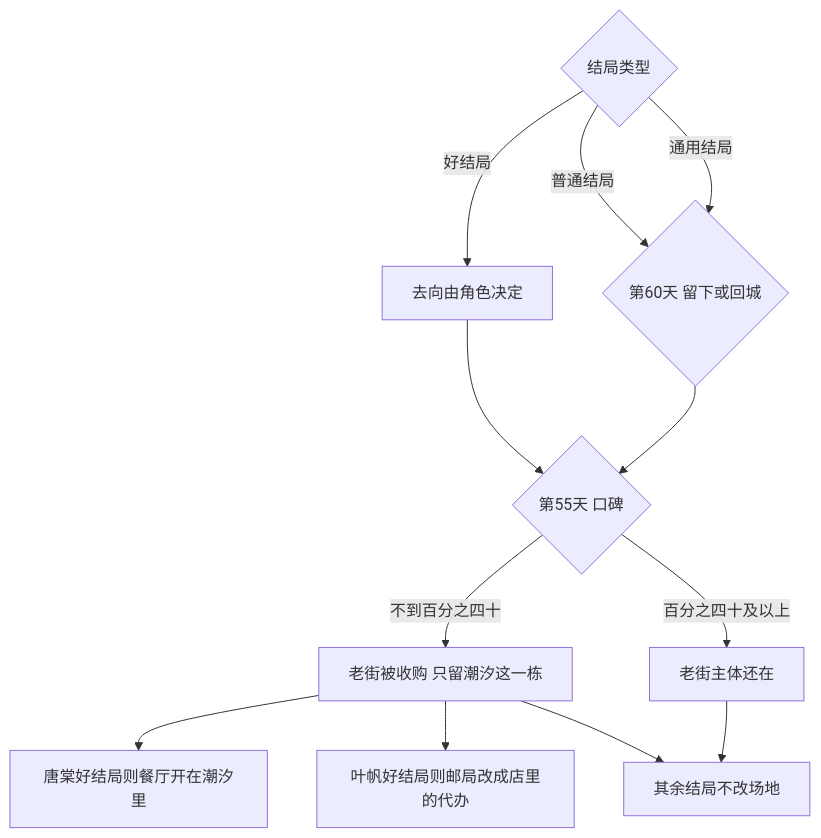
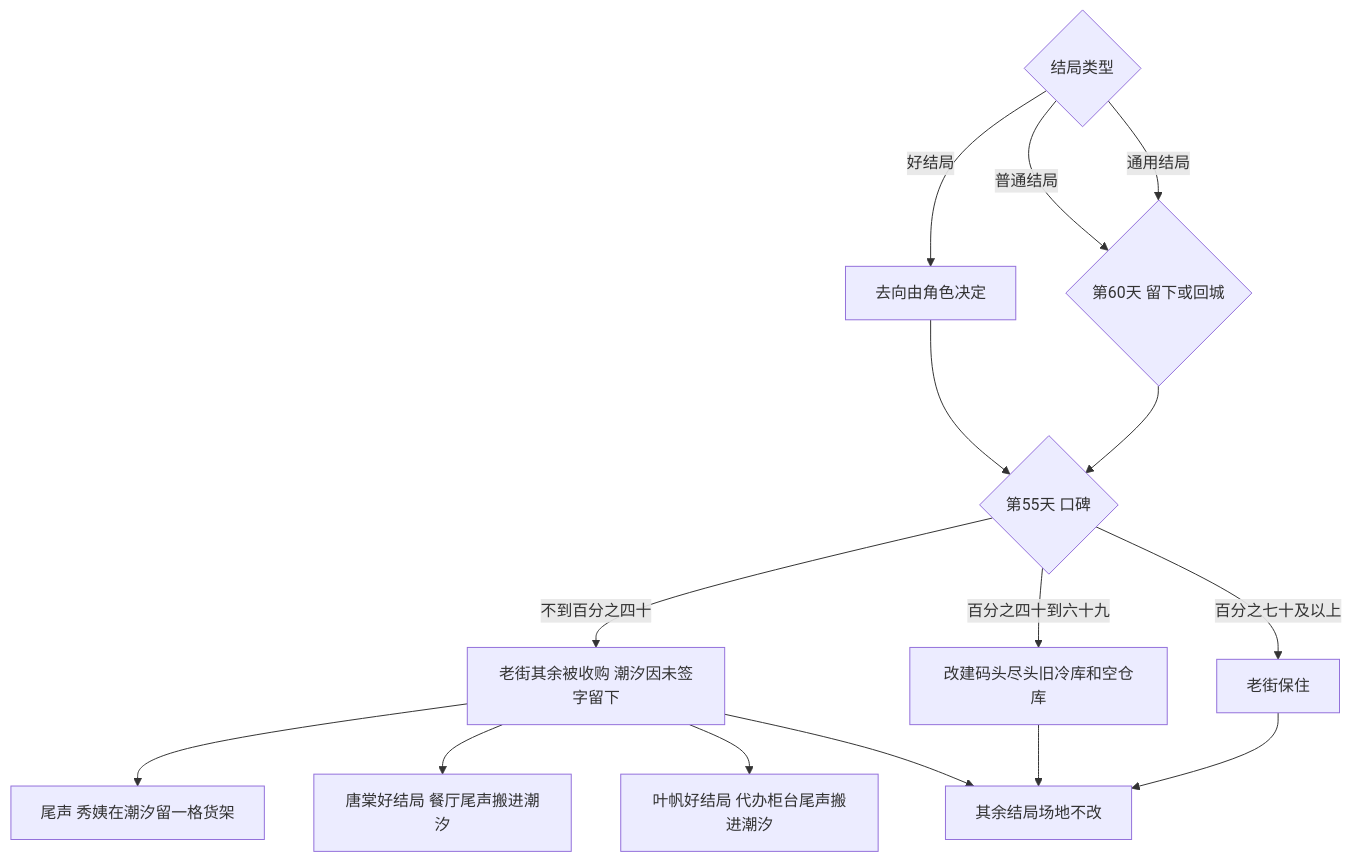
One commit to GmhLovEDM/grok-prototype changed the diagram in projects/seaside-cafe/01-planning/endings.md. Above: the diagram before and after it, drawn with Mermaid. The commit also changed other lines of this file and 28 other files, not shown here.

````diff
--- a/projects/seaside-cafe/01-planning/endings.md
+++ b/projects/seaside-cafe/01-planning/endings.md
@@ -95,15 +109,18 @@
 ```mermaid
 flowchart TD
   kind{结局类型}
   kind -->|好结局| dest[去向由角色决定]
   kind -->|普通结局| d60{第60天 留下或回城}
   kind -->|通用结局| d60
   dest --> rep{第55天 口碑}
   d60 --> rep
-  rep -->|不到百分之四十| low[老街被收购 只留潮汐这一栋]
-  rep -->|百分之四十及以上| keep[老街主体还在]
-  low --> tang[唐棠好结局则餐厅开在潮汐里]
-  low --> ye[叶帆好结局则邮局改成店里的代办]
-  low --> rest[其余结局不改场地]
+  rep -->|不到百分之四十| low[老街其余被收购 潮汐因未签字留下]
+  rep -->|百分之四十到六十九| mid[改建码头尽头旧冷库和空仓库]
+  rep -->|百分之七十及以上| keep[老街保住]
+  low --> shelf[尾声 秀姨在潮汐留一格货架]
+  low --> tang[唐棠好结局 餐厅尾声搬进潮汐]
+  low --> ye[叶帆好结局 代办柜台尾声搬进潮汐]
+  low --> rest[其余结局场地不改]
+  mid --> rest
   keep --> rest
 ```
````
